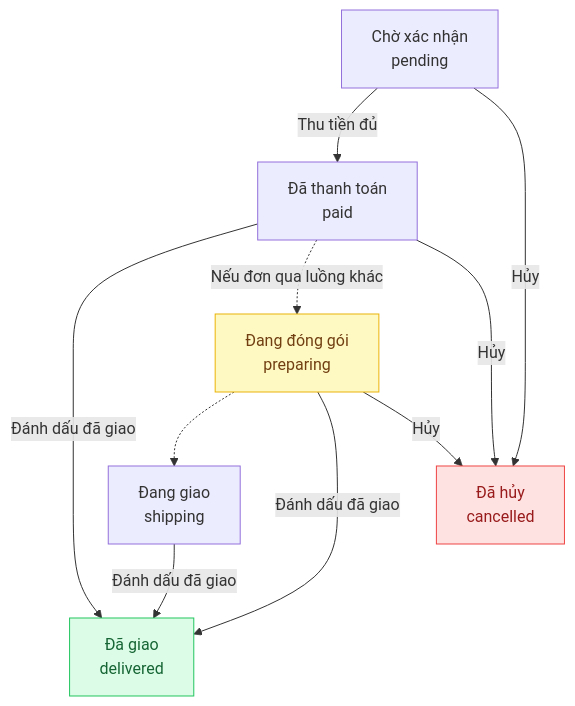
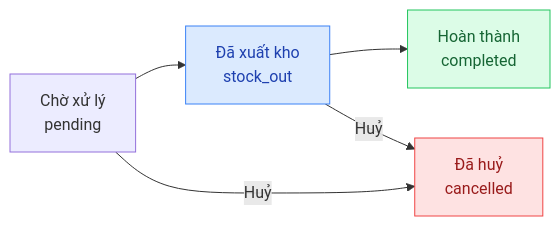
One commit to tiemtaphoakorea/tiemtaphoakorea changed the diagram in docs/guide/owner/orders.mdx. Above: the diagram before and after it, drawn with Mermaid. The commit also changed other lines of this file and 25 other files, not shown here.

````diff
--- a/docs/guide/owner/orders.mdx
+++ b/docs/guide/owner/orders.mdx
@@ -16,15 +38,10 @@
 ```mermaid
-flowchart TD
-    A["Chờ xác nhận<br/>pending"] -->|Thu tiền đủ| B["Đã thanh toán<br/>paid"]
-    B -->|Đánh dấu đã giao| D["Đã giao<br/>delivered"]
+flowchart LR
+    A["Chờ xử lý<br/>pending"] --> B["Đã xuất kho<br/>stock_out"]
+    B --> C["Hoàn thành<br/>completed"]
+    A & B -->|Huỷ| D["Đã huỷ<br/>cancelled"]
 
-    B -.->|Nếu đơn qua luồng khác| E["Đang đóng gói<br/>preparing"]
-    E -.-> C["Đang giao<br/>shipping"]
-    E & C -->|Đánh dấu đã giao| D
-
-    A & B & E -->|Hủy| F["Đã hủy<br/>cancelled"]
-
-    style F fill:#fee2e2,stroke:#ef4444,color:#991b1b
-    style D fill:#dcfce7,stroke:#22c55e,color:#166534
-    style E fill:#fef9c3,stroke:#eab308,color:#713f12
+    style D fill:#fee2e2,stroke:#ef4444,color:#991b1b
+    style C fill:#dcfce7,stroke:#22c55e,color:#166534
+    style B fill:#dbeafe,stroke:#3b82f6,color:#1e40af
 ```
````
